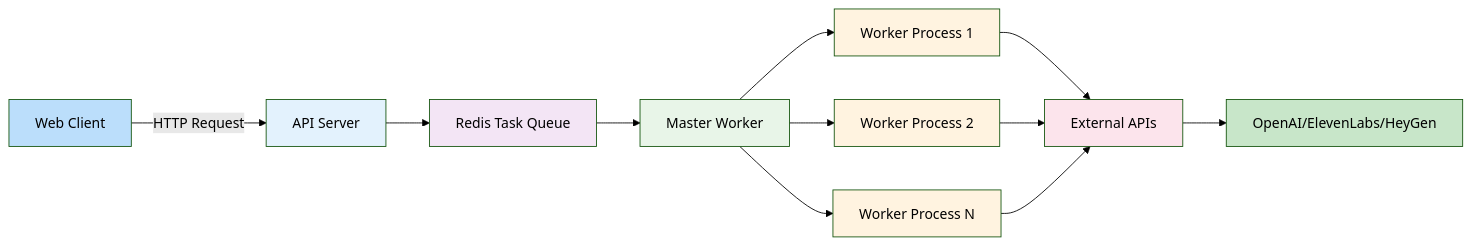
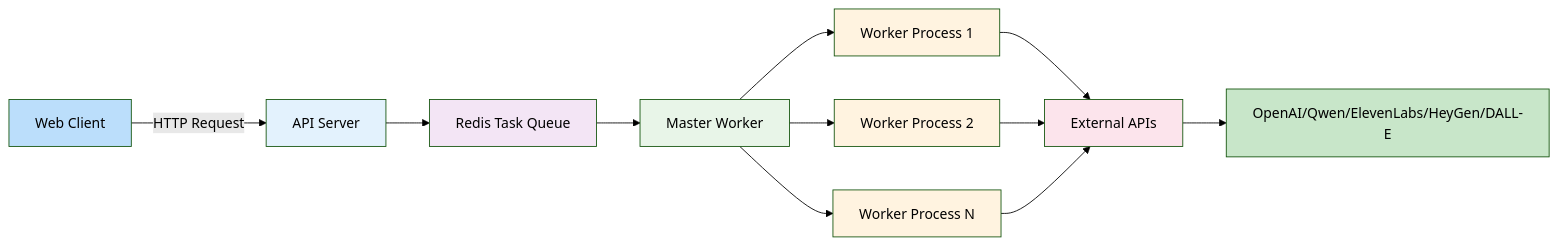
The second of 5 diagrams in docs/pipeline-diagrams.md (droxer/slide-speaker), drawn with Mermaid (forest theme) before and after one commit. The commit also changed other lines of this file and 6 other files, not shown here.

````diff
--- a/docs/pipeline-diagrams.md
+++ b/docs/pipeline-diagrams.md
@@ -105,25 +105,25 @@
 ```mermaid
 graph LR
     A[Web Client] -->|HTTP Request| B[API Server]
     B --> C[Redis Task Queue]
     C --> D[Master Worker]
     D --> E[Worker Process 1]
     D --> F[Worker Process 2]
     D --> G[Worker Process N]
     
     E --> H[External APIs]
     F --> H
     G --> H
     
-    H --> I[OpenAI/ElevenLabs/HeyGen]
+    H --> I[OpenAI/Qwen/ElevenLabs/HeyGen/DALL-E]
     
     style A fill:#bbdefb
     style B fill:#e3f2fd
     style C fill:#f3e5f5
     style D fill:#e8f5e8
     style E fill:#fff3e0
     style F fill:#fff3e0
     style G fill:#fff3e0
     style H fill:#fce4ec
     style I fill:#c8e6c9
 ```
````
